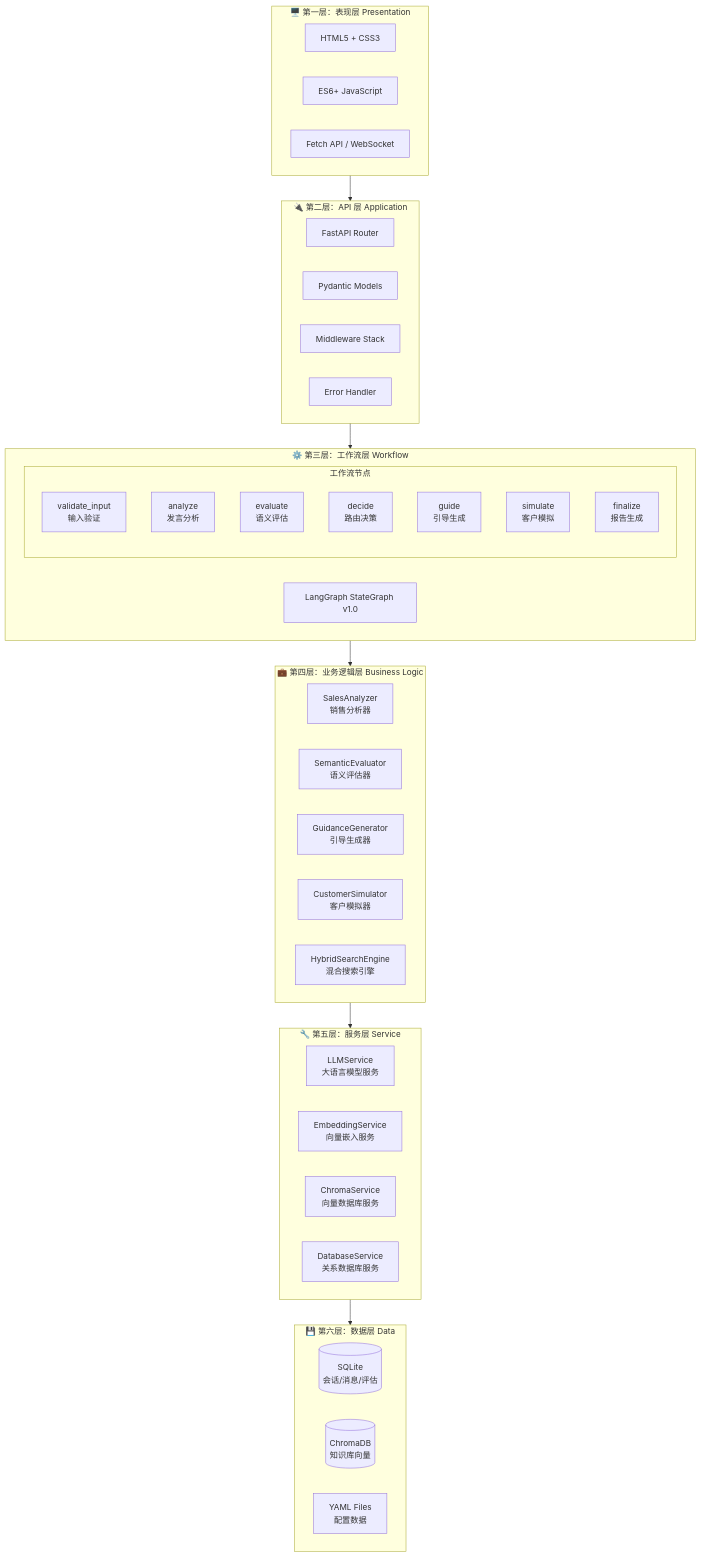
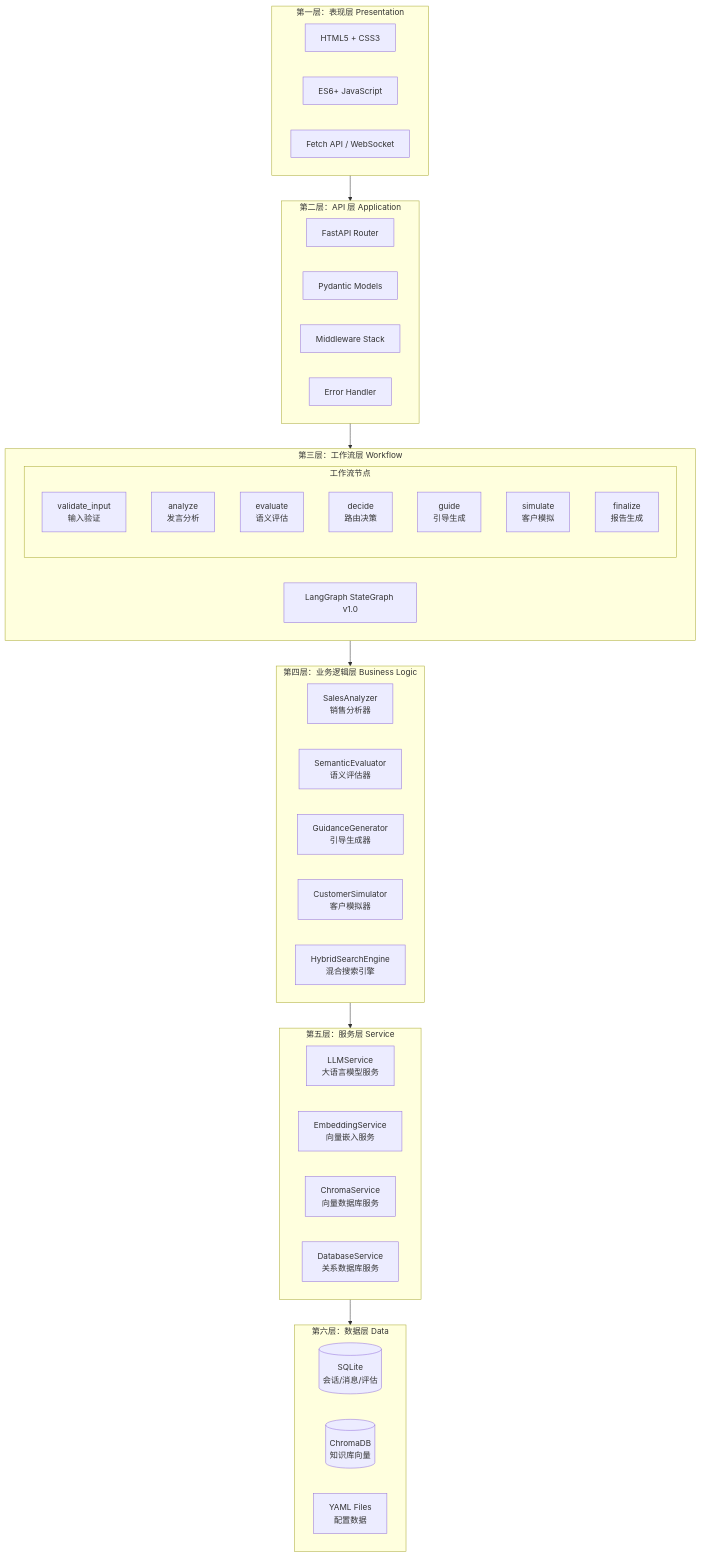
The fourth of 15 diagrams in README.md (xt765/UMU-Sales-Trainer), drawn with Mermaid before and after one commit. The commit also changed other lines of this file and 3 other files, not shown here.

Commit message:
docs: 修复技术栈全景图布局 - 子图垂直堆叠 + 去除emoji

````diff
--- a/README.md
+++ b/README.md
@@ -207,55 +207,55 @@
 ```mermaid
 flowchart TB
-    subgraph UI["🖥️ 第一层：表现层 Presentation"]
+    subgraph UI["第一层：表现层 Presentation"]
         U1["HTML5 + CSS3"]
         U2["ES6+ JavaScript"]
         U3["Fetch API / WebSocket"]
     end
     
-    subgraph API["🔌 第二层：API 层 Application"]
+    subgraph API["第二层：API 层 Application"]
         A1["FastAPI Router"]
         A2["Pydantic Models"]
         A3["Middleware Stack"]
         A4["Error Handler"]
     end
     
-    subgraph WF["⚙️ 第三层：工作流层 Workflow"]
+    subgraph WF["第三层：工作流层 Workflow"]
         W1["LangGraph StateGraph v1.0"]
         subgraph Nodes["工作流节点"]
             N1["validate_input<br>输入验证"]
             N2["analyze<br>发言分析"]
             N3["evaluate<br>语义评估"]
             N4["decide<br>路由决策"]
             N5["guide<br>引导生成"]
             N6["simulate<br>客户模拟"]
             N7["finalize<br>报告生成"]
         end
     end
     
-    subgraph BL["💼 第四层：业务逻辑层 Business Logic"]
+    subgraph BL["第四层：业务逻辑层 Business Logic"]
         B1["SalesAnalyzer<br>销售分析器"]
         B2["SemanticEvaluator<br>语义评估器"]
         B3["GuidanceGenerator<br>引导生成器"]
         B4["CustomerSimulator<br>客户模拟器"]
         B5["HybridSearchEngine<br>混合搜索引擎"]
     end
     
-    subgraph SV["🔧 第五层：服务层 Service"]
+    subgraph SV["第五层：服务层 Service"]
         S1["LLMService<br>大语言模型服务"]
         S2["EmbeddingService<br>向量嵌入服务"]
         S3["ChromaService<br>向量数据库服务"]
         S4["DatabaseService<br>关系数据库服务"]
     end
     
-    subgraph DL["💾 第六层：数据层 Data"]
+    subgraph DL["第六层：数据层 Data"]
         D1[("SQLite<br>会话/消息/评估")]
         D2[("ChromaDB<br>知识库向量")]
         D3["YAML Files<br>配置数据"]
     end
     
     UI --> API
     API --> WF
     WF --> BL
     BL --> SV
     SV --> DL
 ```
````
